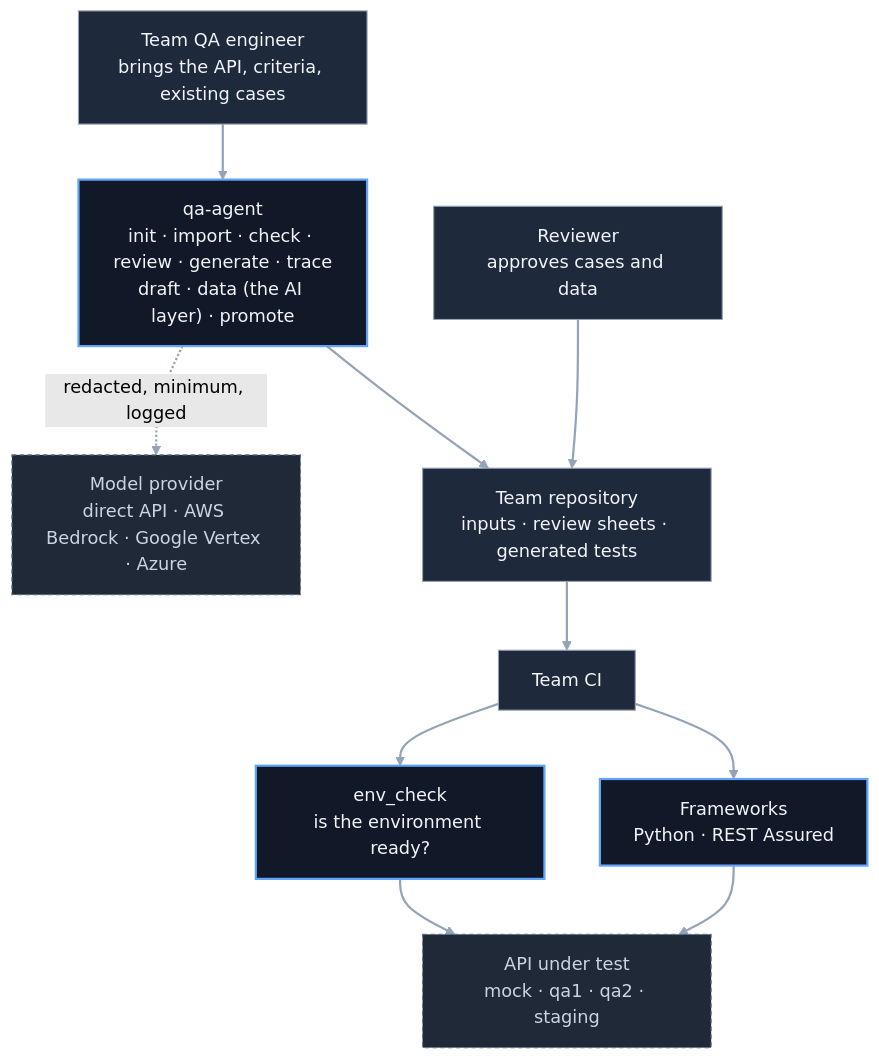
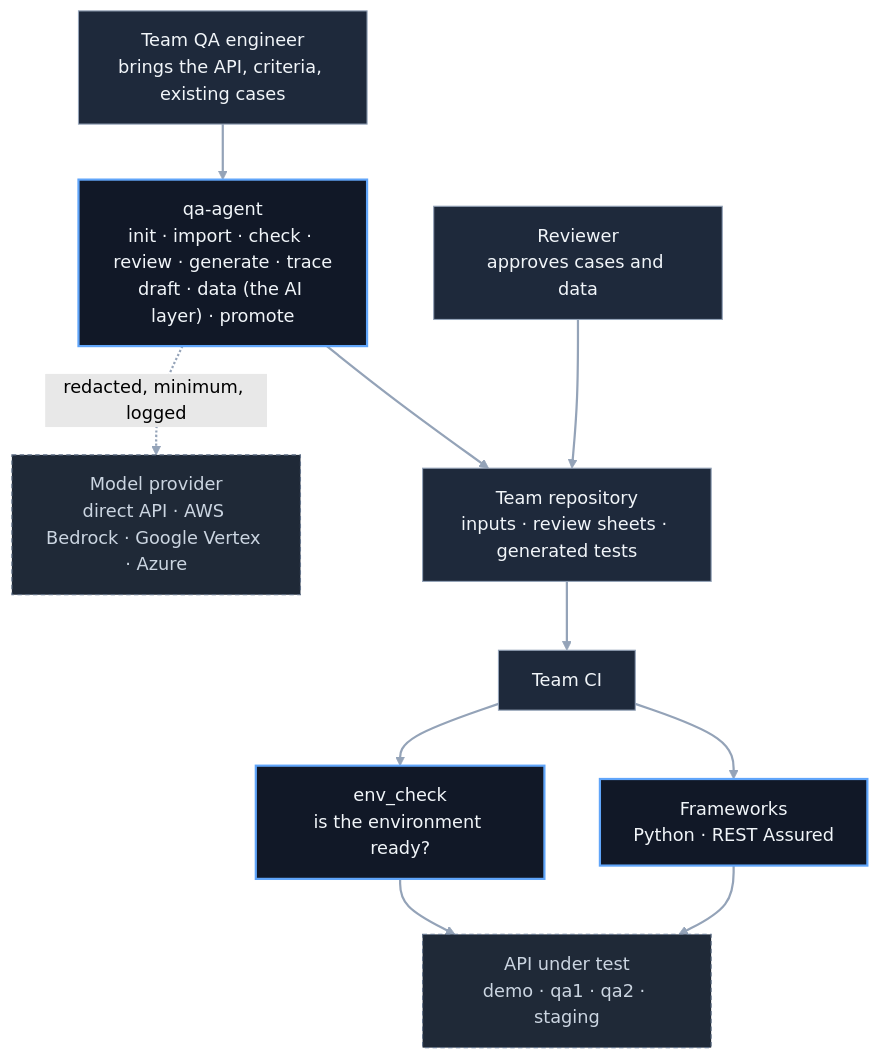
The first of 5 diagrams in docs/architecture.md (rahulsharma-qe/api-qa-agent), drawn with Mermaid (forest theme) before and after one commit. The commit also changed other lines of this file and 83 other files, not shown here.

First line of the commit message:
Rename mock_service to demo_api, and the mock environment to demo

````diff
--- a/docs/architecture.md
+++ b/docs/architecture.md
@@ -46,28 +46,28 @@
 ```mermaid
 flowchart TB
   QA["Team QA engineer<br/>brings the API, criteria, existing cases"]
   REV["Reviewer<br/>approves cases and data"]
   CLI["qa-agent<br/>init · import · check · review · generate · trace<br/>draft · data (the AI layer) · promote"]
   LLM["Model provider<br/>direct API · AWS Bedrock · Google Vertex · Azure"]
   REPO["Team repository<br/>inputs · review sheets · generated tests"]
   CI["Team CI"]
   ENV["env_check<br/>is the environment ready?"]
   FW["Frameworks<br/>Python · REST Assured"]
-  API["API under test<br/>mock · qa1 · qa2 · staging"]
+  API["API under test<br/>demo · qa1 · qa2 · staging"]
   QA --> CLI
   CLI -.->|"redacted, minimum, logged"| LLM
   CLI --> REPO
   REV --> REPO
   REPO --> CI
   CI --> ENV
   CI --> FW
   ENV --> API
   FW --> API
   classDef box fill:#1e293b,stroke:#94a3b8,color:#f1f5f9
   classDef platform fill:#111827,stroke:#60a5fa,color:#f1f5f9,stroke-width:2px
   classDef outside fill:#1f2937,stroke:#64748b,color:#cbd5e1,stroke-dasharray: 4 3
   class QA,REV,REPO,CI box
   class CLI,ENV,FW platform
   class LLM,API outside
   linkStyle default stroke:#94a3b8,stroke-width:2px
 ```
````
